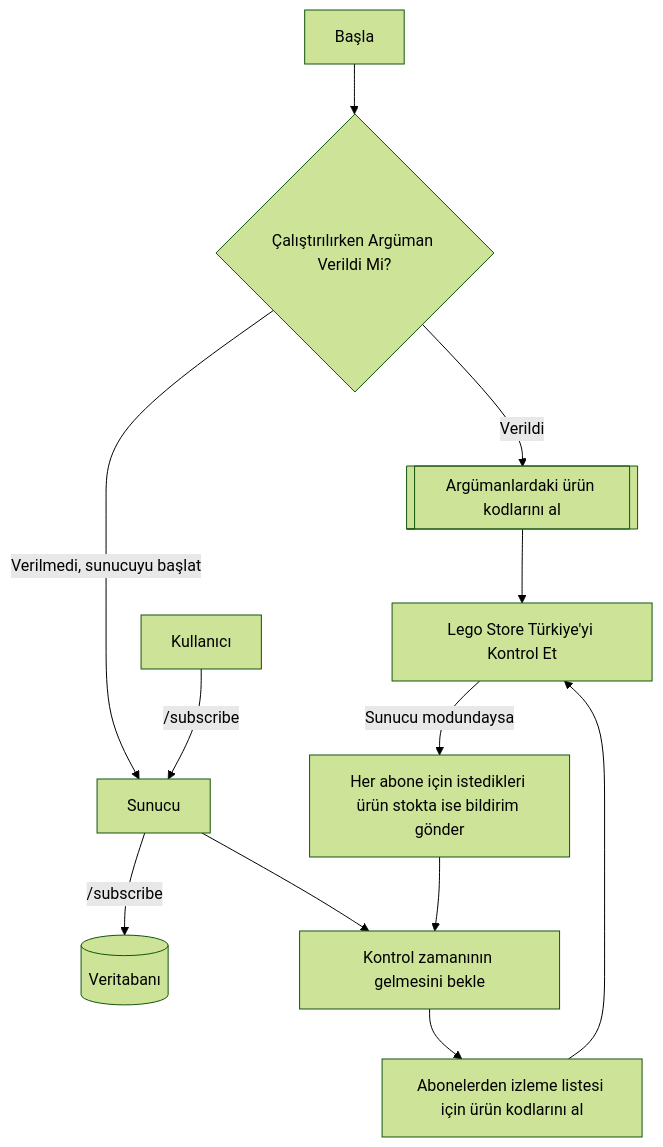
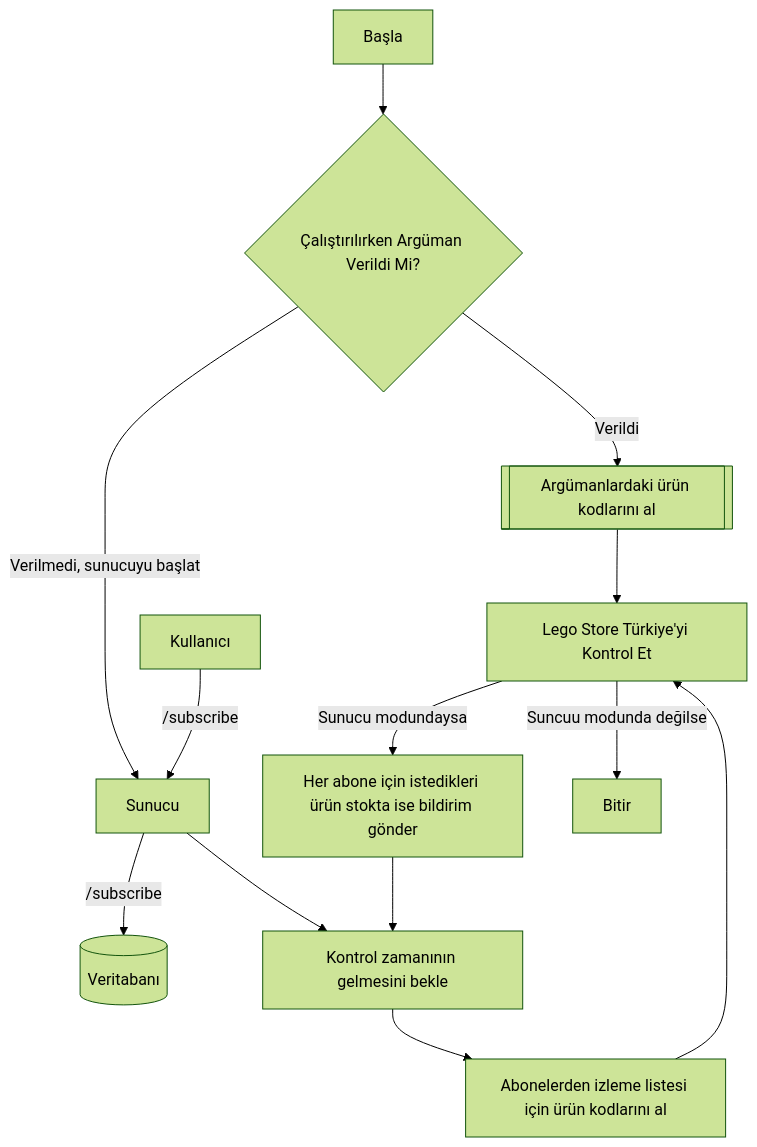
Before and after one commit to yussufbiyik/lego-store-stock-checker: the first of 2 diagrams in readme.md, drawn with Mermaid (forest theme).

Commit message:
Update flowchart

````diff
--- a/readme.md
+++ b/readme.md
@@ -11,14 +11,15 @@
 ```mermaid
 graph TD;
     A[Başla] --> B{Çalıştırılırken Argüman Verildi Mi?}
     B --> |Verildi| C[[Argümanlardaki ürün kodlarını al]]
     C --> D[Lego Store Türkiye'yi Kontrol Et]
     B --> |Verilmedi, sunucuyu başlat| E[Sunucu]
     F[Kullanıcı] --> |/subscribe| E
     E --> |/subscribe| I[(Veritabanı)]
     E --> G[Kontrol zamanının gelmesini bekle]
     G --> H[Abonelerden izleme listesi için ürün kodlarını al]
     H --> D
     D --> |Sunucu modundaysa| J[Her abone için istedikleri ürün stokta ise bildirim gönder]
     J --> G
+    D --> |Suncuu modunda değilse| K[Bitir]
 ```
````
